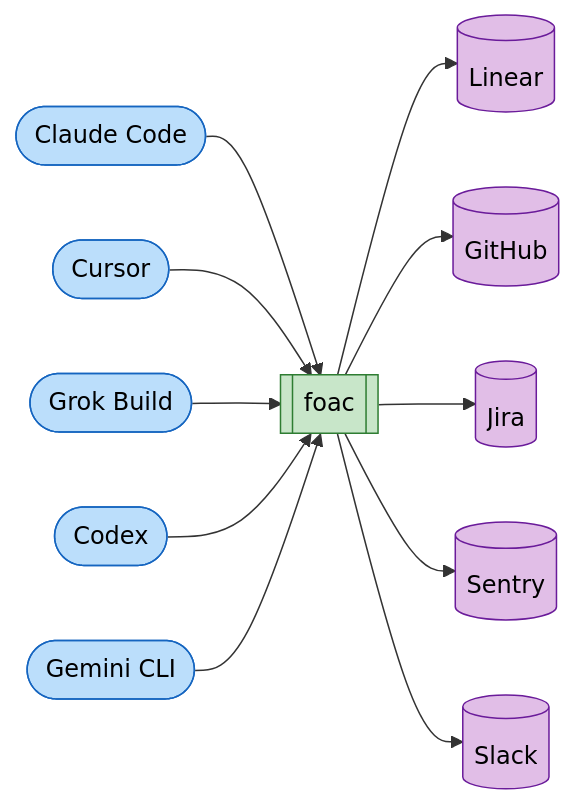
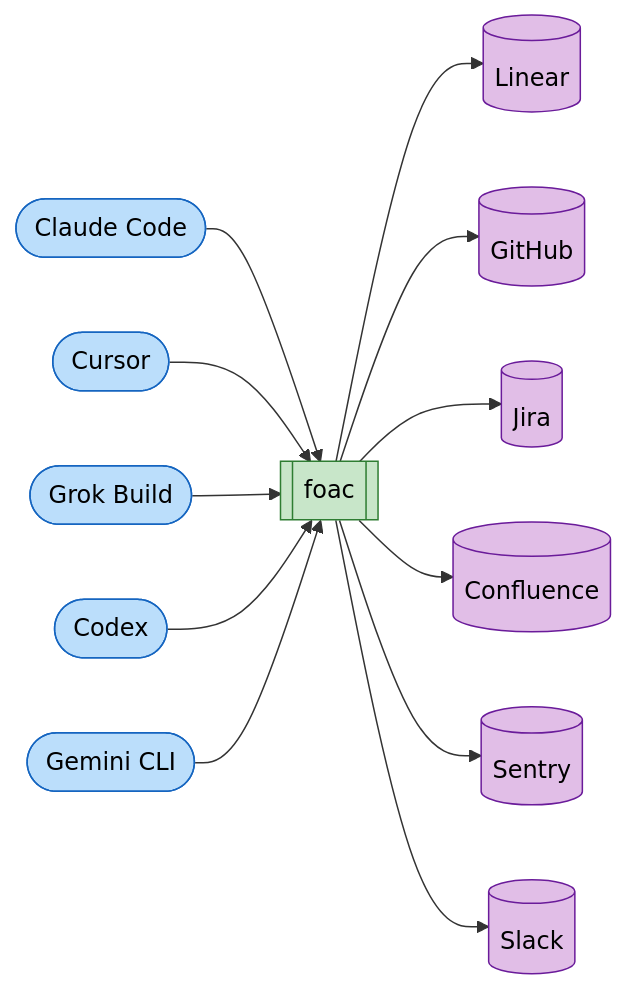
One commit to alephic-ai/foac changed the second of 2 diagrams in README.md. Above: the diagram before and after it, drawn with Mermaid. The commit also changed other lines of this file and 14 other files, not shown here.

First line of the commit message:
feat: add a Confluence provider (#72) (#80)

````diff
--- a/README.md
+++ b/README.md
@@ -45,15 +46,15 @@
 ```mermaid
 graph LR
     CC([Claude Code]) --> F
     CU([Cursor]) --> F
     GRK([Grok Build]) --> F
     CX([Codex]) --> F
     GEM([Gemini CLI]) --> F[[foac]]
-    F --> Linear[(Linear)] & GitHub[(GitHub)] & Jira[(Jira)] & Sentry[(Sentry)] & Slack[(Slack)]
+    F --> Linear[(Linear)] & GitHub[(GitHub)] & Jira[(Jira)] & Confluence[(Confluence)] & Sentry[(Sentry)] & Slack[(Slack)]
     classDef harness fill:#bbdefb,stroke:#1565c0,color:#000
     classDef cli fill:#c8e6c9,stroke:#2e7d32,color:#000
     classDef provider fill:#e1bee7,stroke:#6a1b9a,color:#000
     class CC,CU,GRK,CX,GEM harness
     class F cli
-    class Linear,GitHub,Jira,Sentry,Slack provider
+    class Linear,GitHub,Jira,Confluence,Sentry,Slack provider
 ```
````
